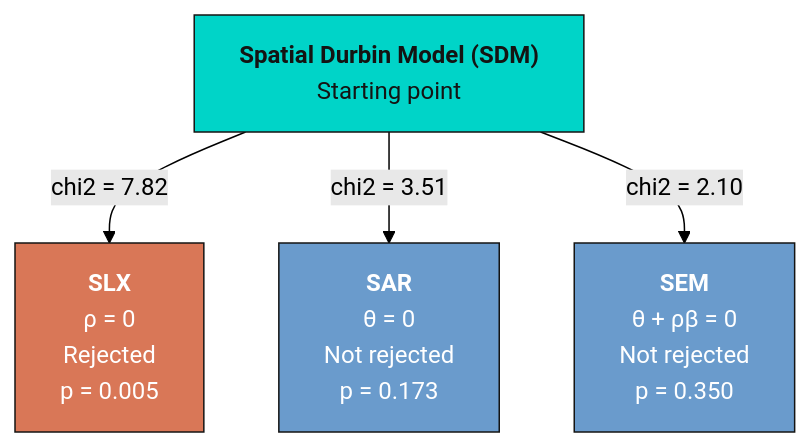
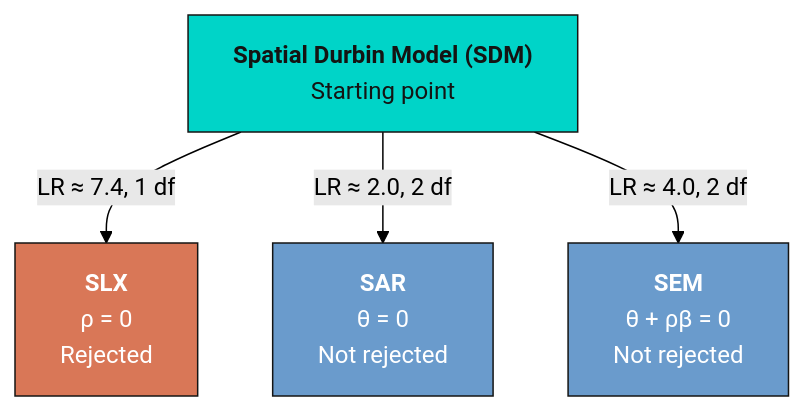
One commit to cmg777/starter-academic-v501 changed the third of 3 diagrams in content/post/stata_sp_regression_cross_section/index.md. Above: the diagram before and after it, drawn with Mermaid (forest theme). The commit also changed other lines of this file and 14 other files, not shown here.

````diff
--- a/content/post/stata_sp_regression_cross_section/index.md
+++ b/content/post/stata_sp_regression_cross_section/index.md
@@ -616,16 +598,16 @@
 ```mermaid
 graph TD
     SDM["<b>Spatial Durbin Model (SDM)</b><br/>Starting point"]
-    SLX["<b>SLX</b><br/>ρ = 0<br/>Rejected<br/>p = 0.005"]
-    SAR["<b>SAR</b><br/>θ = 0<br/>Not rejected<br/>p = 0.173"]
-    SEM["<b>SEM</b><br/>θ + ρβ = 0<br/>Not rejected<br/>p = 0.350"]
+    SLX["<b>SLX</b><br/>ρ = 0<br/>Rejected"]
+    SAR["<b>SAR</b><br/>θ = 0<br/>Not rejected"]
+    SEM["<b>SEM</b><br/>θ + ρβ = 0<br/>Not rejected"]
 
-    SDM -->|"chi2 = 7.82"| SLX
-    SDM -->|"chi2 = 3.51"| SAR
-    SDM -->|"chi2 = 2.10"| SEM
+    SDM -->|"LR ≈ 7.4, 1 df"| SLX
+    SDM -->|"LR ≈ 2.0, 2 df"| SAR
+    SDM -->|"LR ≈ 4.0, 2 df"| SEM
 
     style SDM fill:#00d4c8,stroke:#141413,color:#141413
     style SLX fill:#d97757,stroke:#141413,color:#fff
     style SAR fill:#6a9bcc,stroke:#141413,color:#fff
     style SEM fill:#6a9bcc,stroke:#141413,color:#fff
 ```
````
